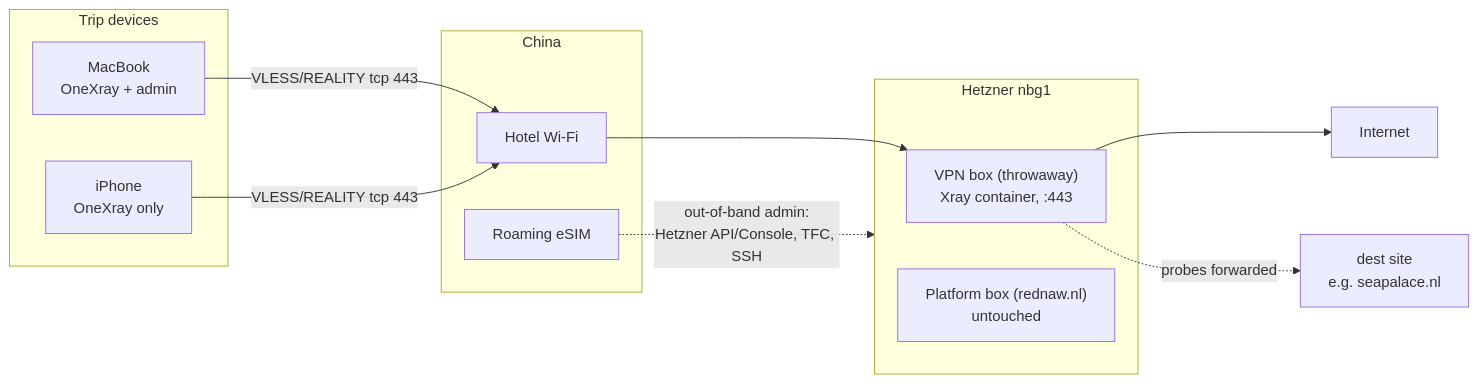
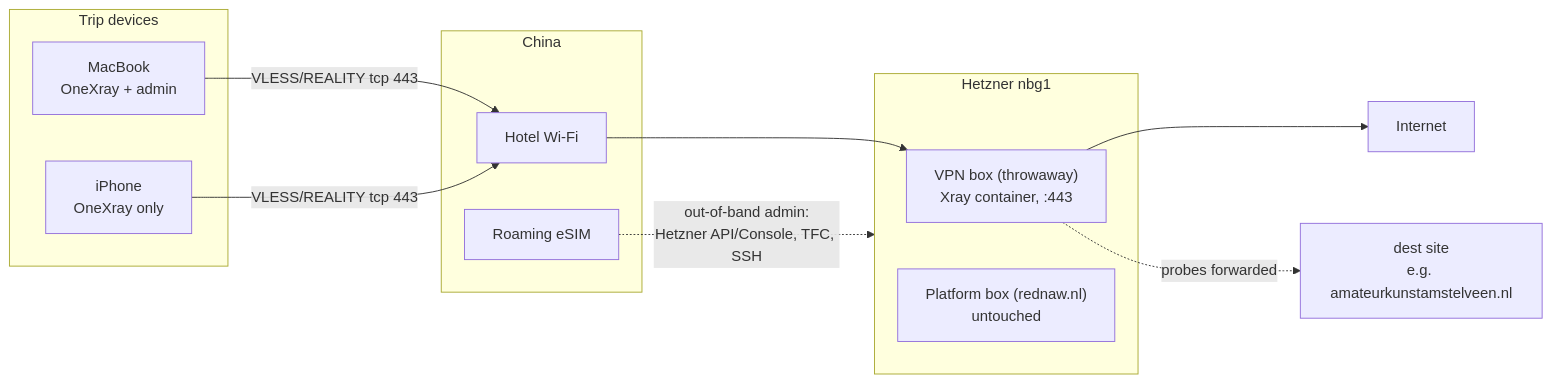
Before and after one commit to rednaw/iac: the diagram in .cursor/ideas/vpn-travel-china-manual.md, drawn with Mermaid. The commit also changed other lines of this file and 4 other files, not shown here.

````diff
--- a/.cursor/ideas/vpn-travel-china-manual.md
+++ b/.cursor/ideas/vpn-travel-china-manual.md
@@ -38,20 +38,20 @@
 ```mermaid
 flowchart LR
   subgraph devices [Trip devices]
     mac[MacBook<br/>OneXray + admin]
     ip[iPhone<br/>OneXray only]
   end
   subgraph cn [China]
     hotel[Hotel Wi-Fi]
     esim[Roaming eSIM]
   end
   subgraph hetzner [Hetzner nbg1]
     vpn["VPN box (throwaway)<br/>Xray container, :443"]
     platform["Platform box (rednaw.nl)<br/>untouched"]
   end
-  dest[dest site<br/>e.g. seapalace.nl]
+  dest[dest site<br/>e.g. amateurkunstamstelveen.nl]
   net[Internet]
   mac & ip -->|VLESS/REALITY tcp 443| hotel --> vpn --> net
   vpn -.->|probes forwarded| dest
   esim -.->|out-of-band admin:<br/>Hetzner API/Console, TFC, SSH| hetzner
 ```
````
